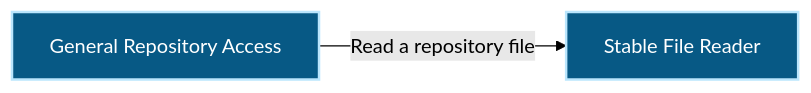
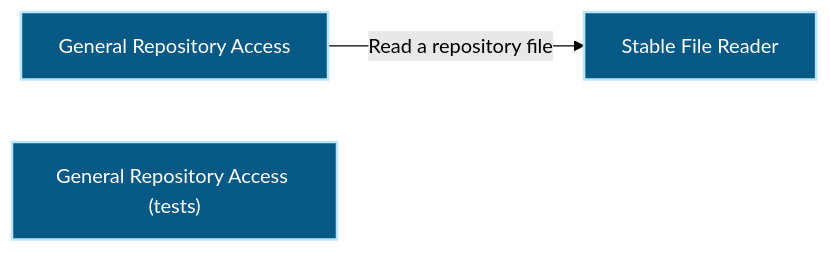
One commit to Ancienttwo/repo-harness changed the first of 2 diagrams in docs/architecture/modules/runtime-mcp/general-repo-access.md. Above: the diagram before and after it, drawn with Mermaid (forest theme). The commit also changed other lines of this file and 32 other files, not shown here.

First line of the commit message:
chore(projection): refresh generated architecture outputs for main@4c37d26d25c7

````diff
--- a/docs/architecture/modules/runtime-mcp/general-repo-access.md
+++ b/docs/architecture/modules/runtime-mcp/general-repo-access.md
@@ -15,10 +15,11 @@
 ```mermaid
 flowchart LR
   p1_capability_runtime_mcp_general_repo_access_5a2e164b["General Repository Access"]:::component
   p1_component_general_repo_access_primary_4234dd17["Stable File Reader"]:::component
+  p1_component_general_repo_access_tests_layer_36715740["General Repository Access (tests)"]:::component
   p1_capability_runtime_mcp_general_repo_access_5a2e164b -->|"Read a repository file"| p1_component_general_repo_access_primary_4234dd17
   classDef actor fill:#111827,color:#ffffff,stroke:#f9fafb,stroke-width:2px
   classDef component fill:#075985,color:#ffffff,stroke:#bae6fd,stroke-width:2px
   classDef datastore fill:#3f6212,color:#ffffff,stroke:#d9f99d,stroke-width:2px
   classDef external fill:#7c2d12,color:#ffffff,stroke:#fed7aa,stroke-width:2px
 ```
````
